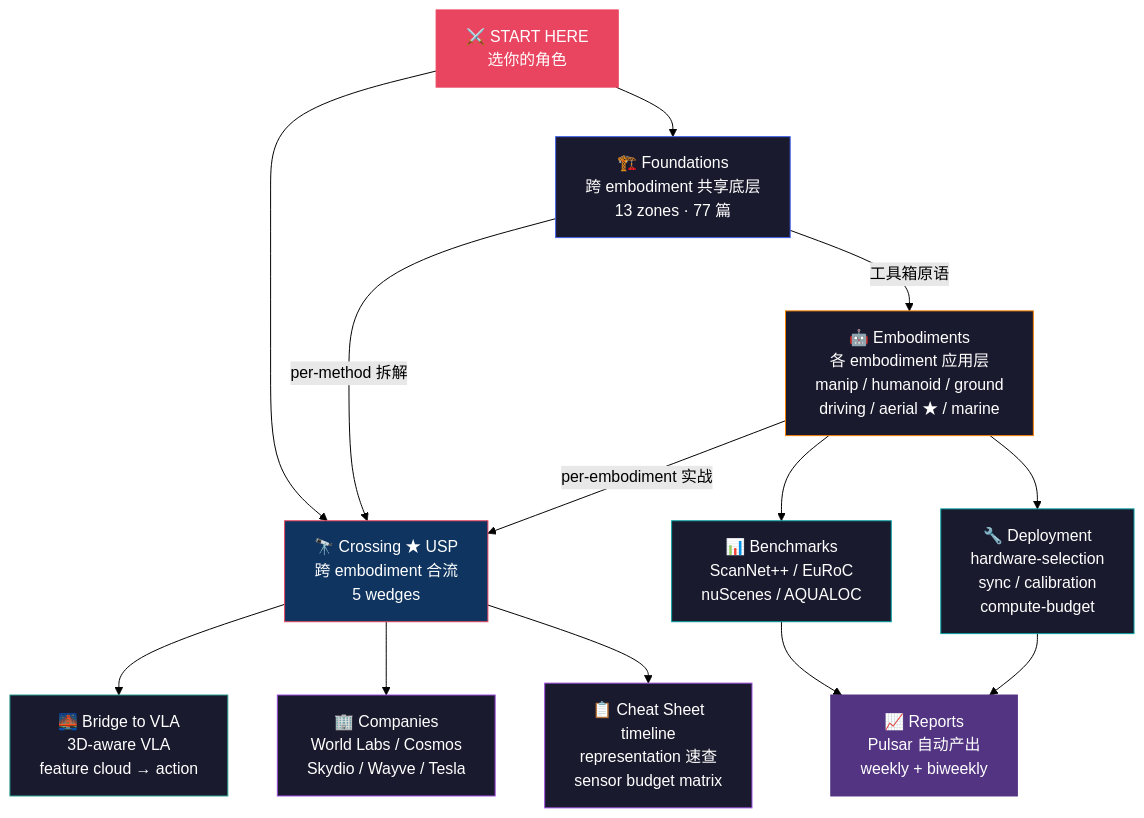
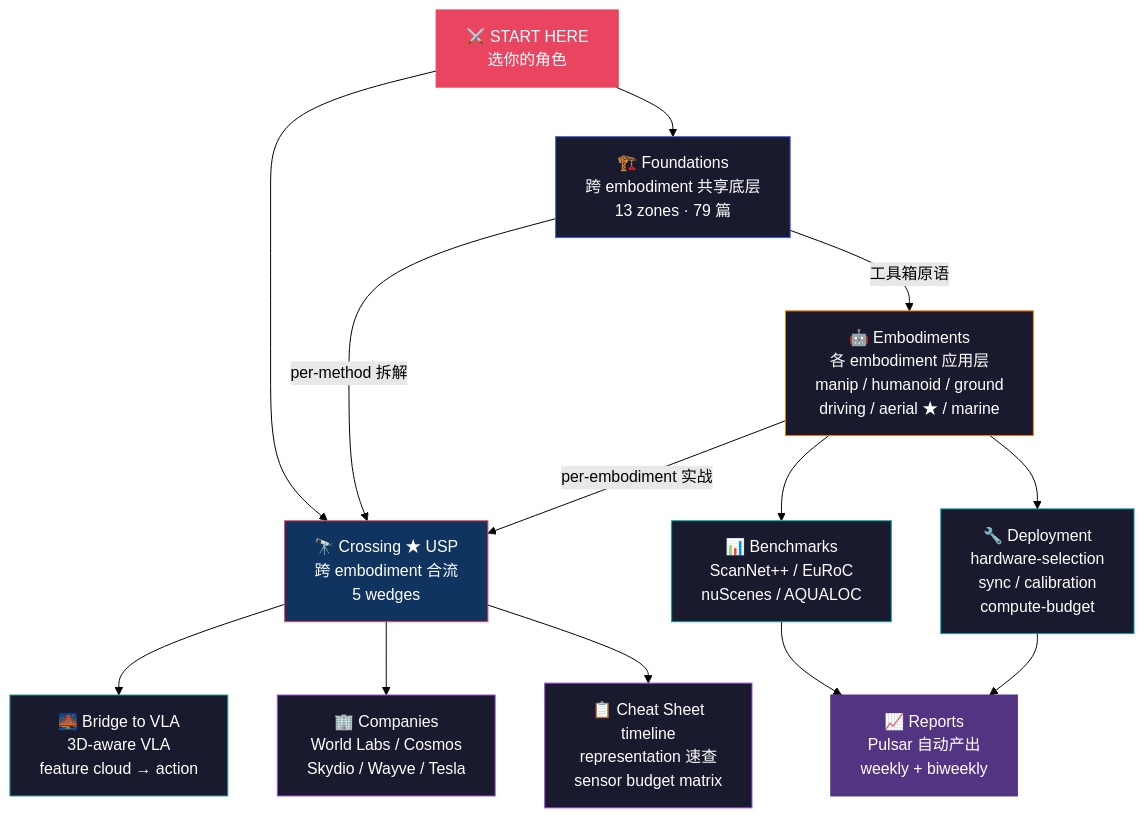
The diagram in README.md (sou350121/Spatial-Intelligence-Handbook), drawn with Mermaid (forest theme) before and after one commit. The commit also changed other lines of this file and 10 other files, not shown here.

````diff
--- a/README.md
+++ b/README.md
@@ -48,31 +48,31 @@
 ```mermaid
 graph TD
-    START["⚔️ START HERE<br/>选你的角色"] --> FOUND["🏗️ Foundations<br/>跨 embodiment 共享底层<br/>13 zones · 77 篇"]
+    START["⚔️ START HERE<br/>选你的角色"] --> FOUND["🏗️ Foundations<br/>跨 embodiment 共享底层<br/>13 zones · 79 篇"]
     START --> CROSS["🔭 Crossing ★ USP<br/>跨 embodiment 合流<br/>5 wedges"]
 
     FOUND -->|"工具箱原语"| EMB["🤖 Embodiments<br/>各 embodiment 应用层<br/>manip / humanoid / ground<br/>driving / aerial ★ / marine"]
     FOUND -->|"per-method 拆解"| CROSS
 
     EMB -->|"per-embodiment 实战"| CROSS
 
     CROSS --> BRIDGE["🌉 Bridge to VLA<br/>3D-aware VLA<br/>feature cloud → action"]
     CROSS --> COMP["🏢 Companies<br/>World Labs / Cosmos<br/>Skydio / Wayve / Tesla"]
     CROSS --> CHEAT["📋 Cheat Sheet<br/>timeline<br/>representation 速查<br/>sensor budget matrix"]
 
     EMB --> BENCH["📊 Benchmarks<br/>ScanNet++ / EuRoC<br/>nuScenes / AQUALOC"]
     EMB --> DEPLOY["🔧 Deployment<br/>hardware-selection<br/>sync / calibration<br/>compute-budget"]
 
     BENCH --> REP["📈 Reports<br/>Pulsar 自动产出<br/>weekly + biweekly"]
     DEPLOY --> REP
 
     style START fill:#e94560,stroke:#e94560,color:#fff
     style FOUND fill:#1a1a2e,stroke:#4361ee,color:#fff
     style EMB fill:#1a1a2e,stroke:#f77f00,color:#fff
     style CROSS fill:#0f3460,stroke:#e94560,color:#fff
     style BRIDGE fill:#1a1a2e,stroke:#2a9d8f,color:#fff
     style COMP fill:#1a1a2e,stroke:#9d4edd,color:#fff
     style CHEAT fill:#1a1a2e,stroke:#9d4edd,color:#fff
     style BENCH fill:#1a1a2e,stroke:#06a0a0,color:#fff
     style DEPLOY fill:#1a1a2e,stroke:#06a0a0,color:#fff
     style REP fill:#533483,stroke:#533483,color:#fff
 ```
````
